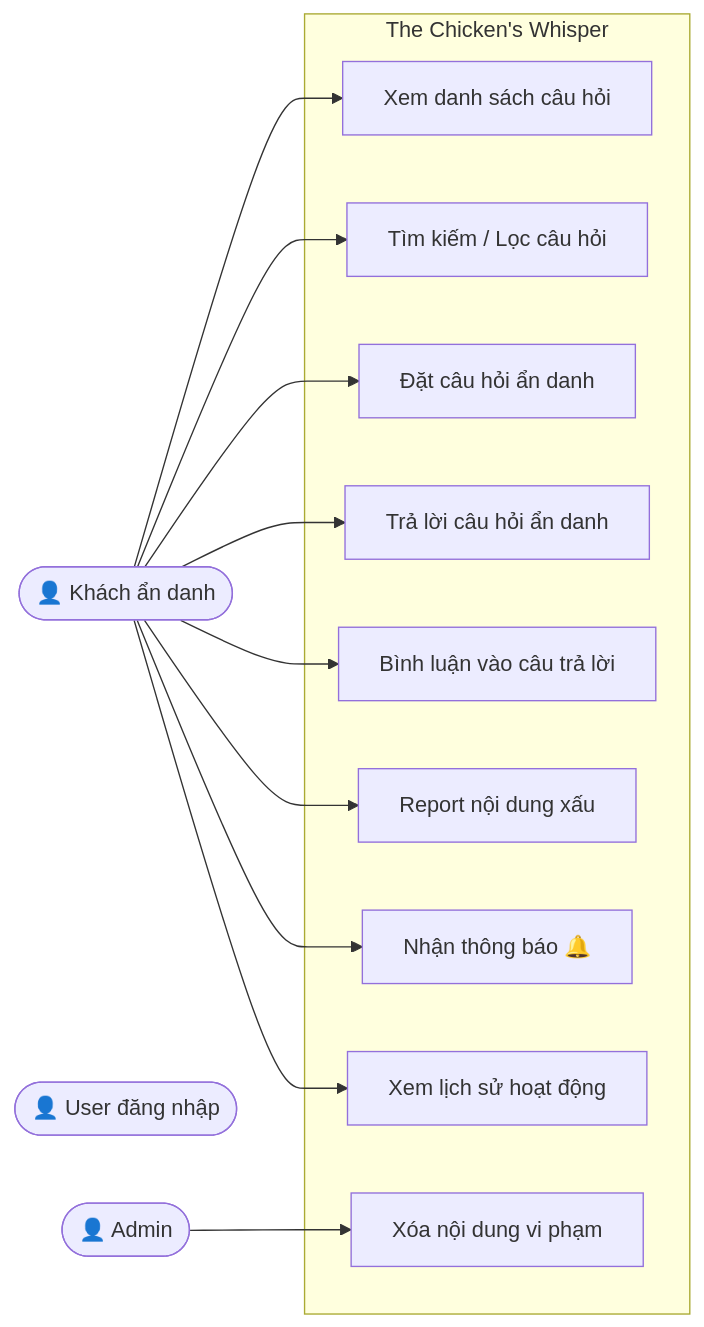
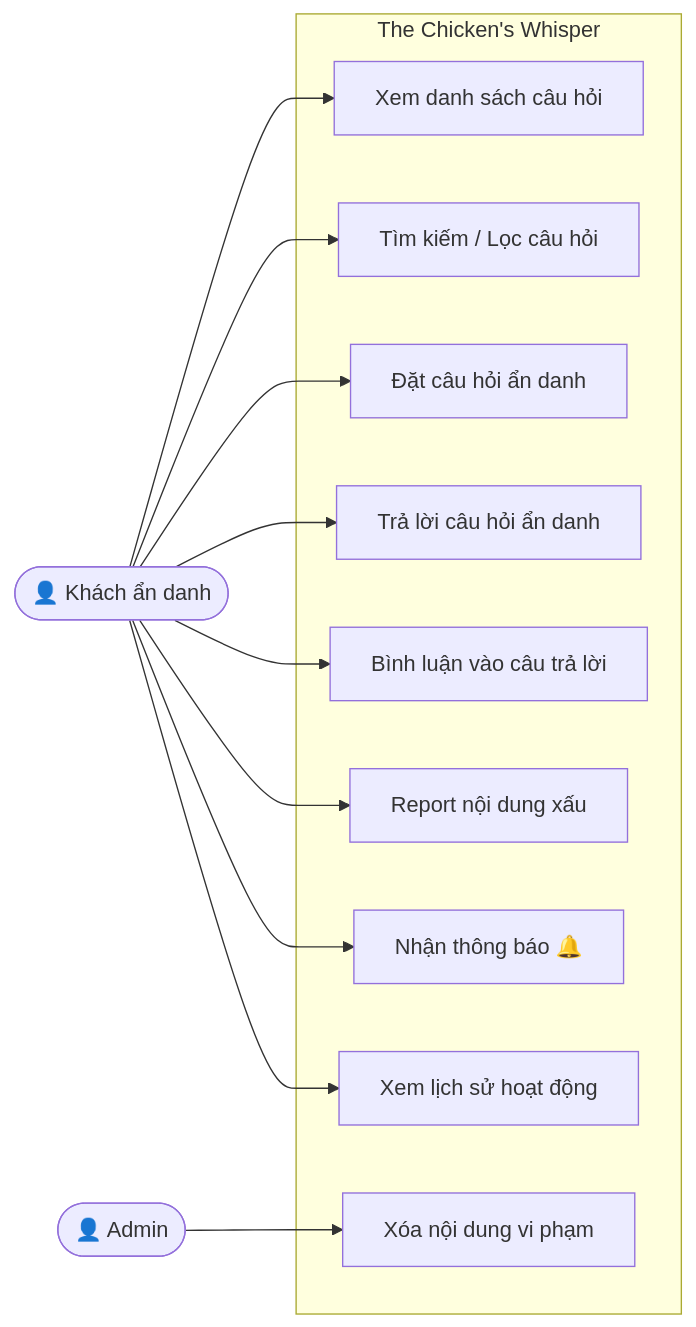
Before and after one commit to ptuan28/WEB: the second of 4 diagrams in README.md, drawn with Mermaid.

Commit message:
Fix formatting in README.md for flowchart

````diff
--- a/README.md
+++ b/README.md
@@ -164,28 +164,28 @@
 ```mermaid
 flowchart LR
     Guest([👤 Khách ẩn danh])
-    User([👤 User đăng nhập])
+    
     Admin([👤 Admin])
 
     subgraph App["The Chicken's Whisper"]
         UC1[Xem danh sách câu hỏi]
         UC2[Tìm kiếm / Lọc câu hỏi]
         UC3[Đặt câu hỏi ẩn danh]
         UC4[Trả lời câu hỏi ẩn danh]
         UC5[Bình luận vào câu trả lời]
         UC6[Report nội dung xấu]
         UC7[Nhận thông báo 🔔]
         UC8[Xem lịch sử hoạt động]
         UC9[Xóa nội dung vi phạm]
     end
 
     Guest --> UC1
     Guest --> UC2
     Guest --> UC3
     Guest --> UC4
     Guest --> UC5
     Guest --> UC6
     Guest --> UC7
     Guest --> UC8
     Admin --> UC9
 ```
````
